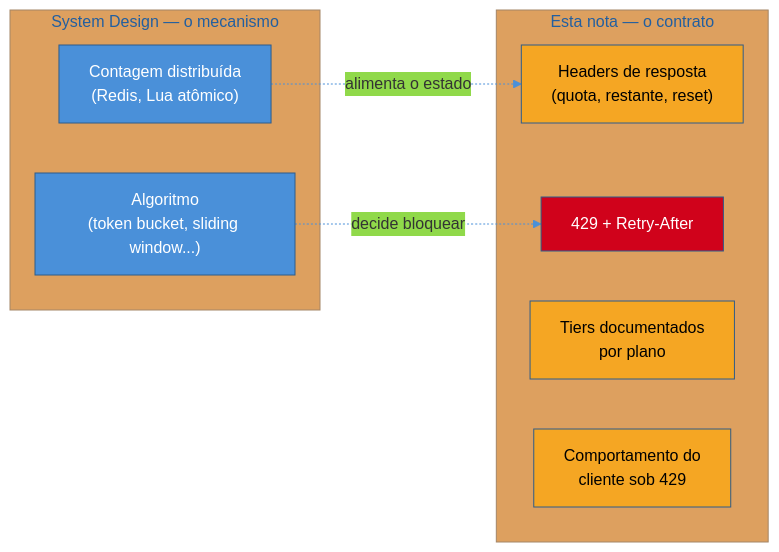
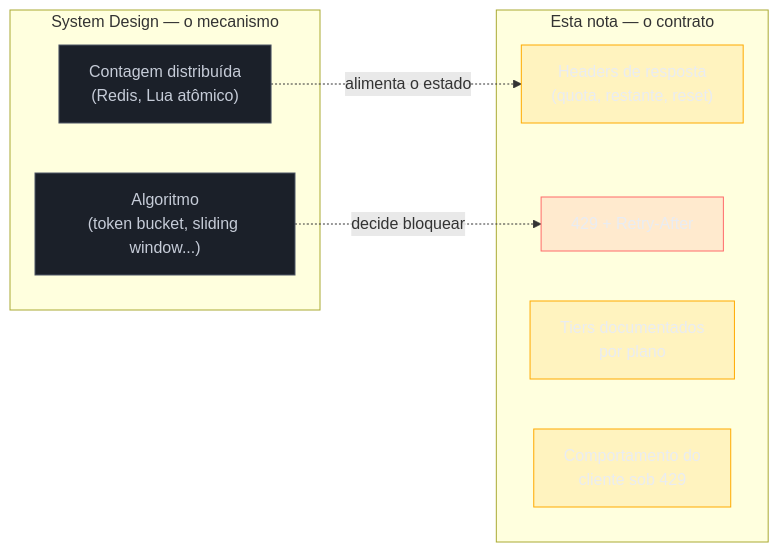
One commit to josenaldo/codex-technomanticus changed the first of 3 diagrams in 03-Dominios/Engenharia/Comunicação entre Sistemas/3 - Confiabilidade do contrato/04 - Rate limiting como contrato.md. Above: the diagram before and after it, drawn with Mermaid. The commit also changed other lines of this file and 1181 other files, not shown here.

First line of the commit message:
fix(diagramas): paleta do sistema no lugar de cor cravada no markdown

````diff
--- a/03-Dominios/Engenharia/Comunicação entre Sistemas/3 - Confiabilidade do contrato/04 - Rate limiting como contrato.md
+++ b/03-Dominios/Engenharia/Comunicação entre Sistemas/3 - Confiabilidade do contrato/04 - Rate limiting como contrato.md
@@ -32,25 +32,27 @@
 ```mermaid
-%%{init: {"theme": "base", "themeVariables": {"primaryColor": "#4A90D9", "primaryBorderColor": "#2E5C8A", "lineColor": "#4A90D9"}}}%%
 graph LR
+    classDef neutro fill:#1B2029,stroke:#4E5666,color:#C6CCD8
+    classDef destaque fill:#FFAA0024,stroke:#FFAA00,color:#E9ECF2
+    classDef falha fill:#FF6B6B24,stroke:#FF6B6B,color:#E9ECF2
     subgraph SD["System Design — o mecanismo"]
         ALG["Algoritmo<br/>(token bucket, sliding window...)"]
         DIST["Contagem distribuída<br/>(Redis, Lua atômico)"]
     end
 
     subgraph CONTRATO["Esta nota — o contrato"]
         HEAD["Headers de resposta<br/>(quota, restante, reset)"]
         RESP["429 + Retry-After"]
         TIER["Tiers documentados<br/>por plano"]
         CLI["Comportamento do<br/>cliente sob 429"]
     end
 
     ALG -.->|"decide bloquear"| RESP
     DIST -.->|"alimenta o estado"| HEAD
 
-    style ALG fill:#4A90D9,color:#fff
-    style DIST fill:#4A90D9,color:#fff
-    style HEAD fill:#F5A623,color:#000
-    style RESP fill:#D0021B,color:#fff
-    style TIER fill:#F5A623,color:#000
-    style CLI fill:#F5A623,color:#000
+    class ALG neutro
+    class DIST neutro
+    class HEAD destaque
+    class RESP falha
+    class TIER destaque
+    class CLI destaque
 ```
````
